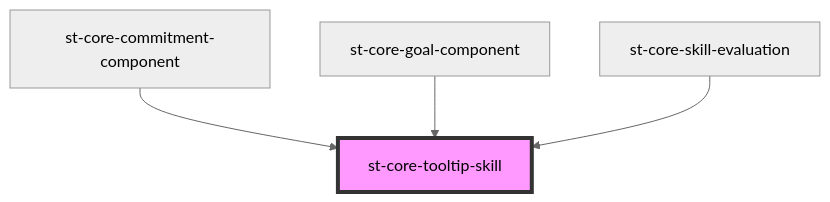
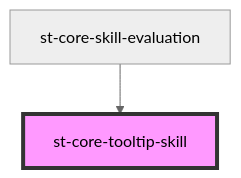
One commit to jamesmont007/lighthouse-ui-core-stencil changed the diagram in library/src/components/skill-evaluation/components/tooltip-skill/readme.md. Above: the diagram before and after it, drawn with Mermaid (neutral theme). The commit also changed other lines of this file and 8 other files, not shown here.

````diff
--- a/library/src/components/skill-evaluation/components/tooltip-skill/readme.md
+++ b/library/src/components/skill-evaluation/components/tooltip-skill/readme.md
@@ -33,7 +25,5 @@
 ```mermaid
 graph TD;
-  st-core-commitment-component --> st-core-tooltip-skill
-  st-core-goal-component --> st-core-tooltip-skill
   st-core-skill-evaluation --> st-core-tooltip-skill
   style st-core-tooltip-skill fill:#f9f,stroke:#333,stroke-width:4px
 ```
````
